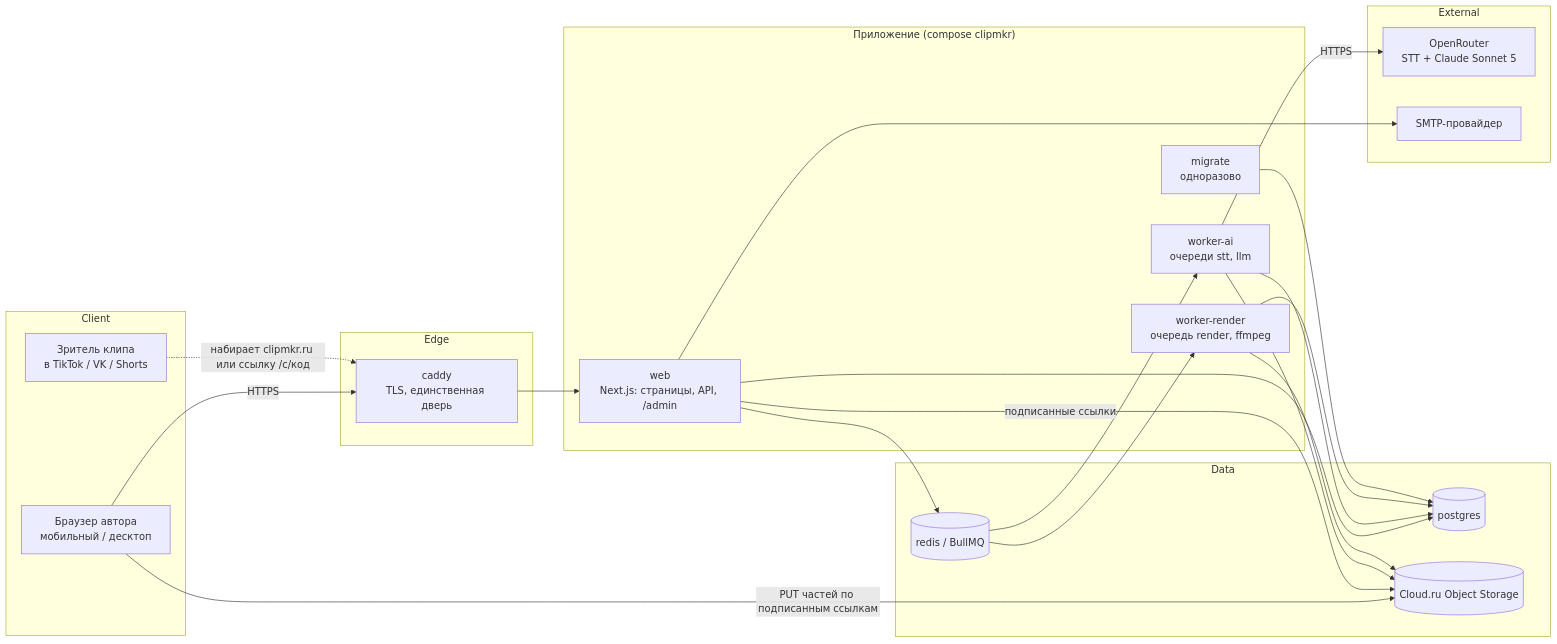
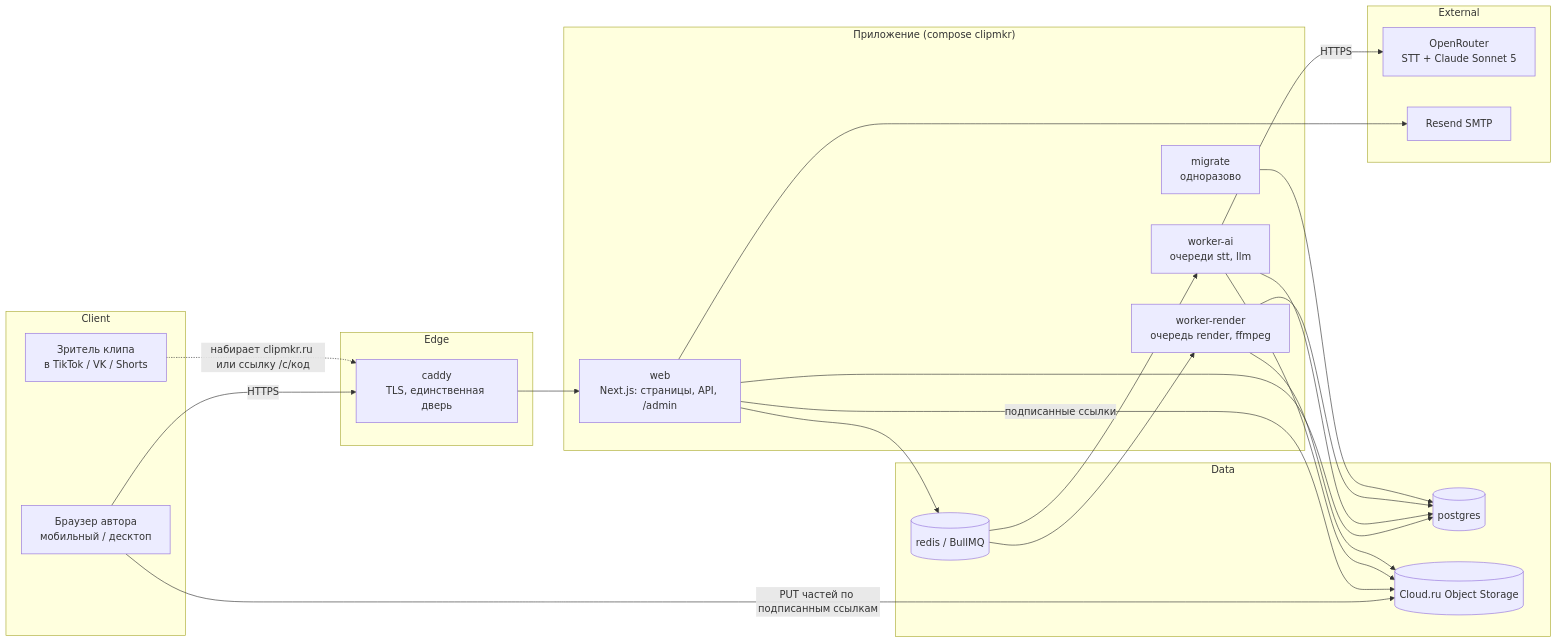
One commit to djd1m/2026-AUG-PU-Projects changed the first of 3 diagrams in projects/05a-podcast-clips-opus/docs/Architecture.md. Above: the diagram before and after it, drawn with Mermaid. The commit also changed other lines of this file and 3 other files, not shown here.

Commit message:
docs(05a): Resend в ADR-011, Architecture и C4; внешних зависимостей UNCONFIRMED нет

````diff
--- a/projects/05a-podcast-clips-opus/docs/Architecture.md
+++ b/projects/05a-podcast-clips-opus/docs/Architecture.md
@@ -16,36 +16,36 @@
 ```mermaid
 flowchart LR
   subgraph Client
     B[Браузер автора<br/>мобильный / десктоп]
     V[Зритель клипа<br/>в TikTok / VK / Shorts]
   end
   subgraph Edge
     C[caddy<br/>TLS, единственная дверь]
   end
   subgraph App["Приложение (compose clipmkr)"]
     W[web<br/>Next.js: страницы, API, /admin]
     AI[worker-ai<br/>очереди stt, llm]
     R[worker-render<br/>очередь render, ffmpeg]
     M[migrate<br/>одноразово]
   end
   subgraph Data
     PG[(postgres)]
     RD[(redis / BullMQ)]
     S3[(Cloud.ru Object Storage)]
   end
   subgraph External
     OR[OpenRouter<br/>STT + Claude Sonnet 5]
-    SMTP[SMTP-провайдер]
+    SMTP[Resend SMTP]
   end
   B -->|HTTPS| C --> W
   V -.->|набирает clipmkr.ru или ссылку /c/код| C
   B -->|PUT частей по подписанным ссылкам| S3
   W --> PG & RD
   W -->|подписанные ссылки| S3
   W --> SMTP
   RD --> AI & R
   AI --> PG & S3
   AI -->|HTTPS| OR
   R --> PG & S3
   M --> PG
 ```
````
